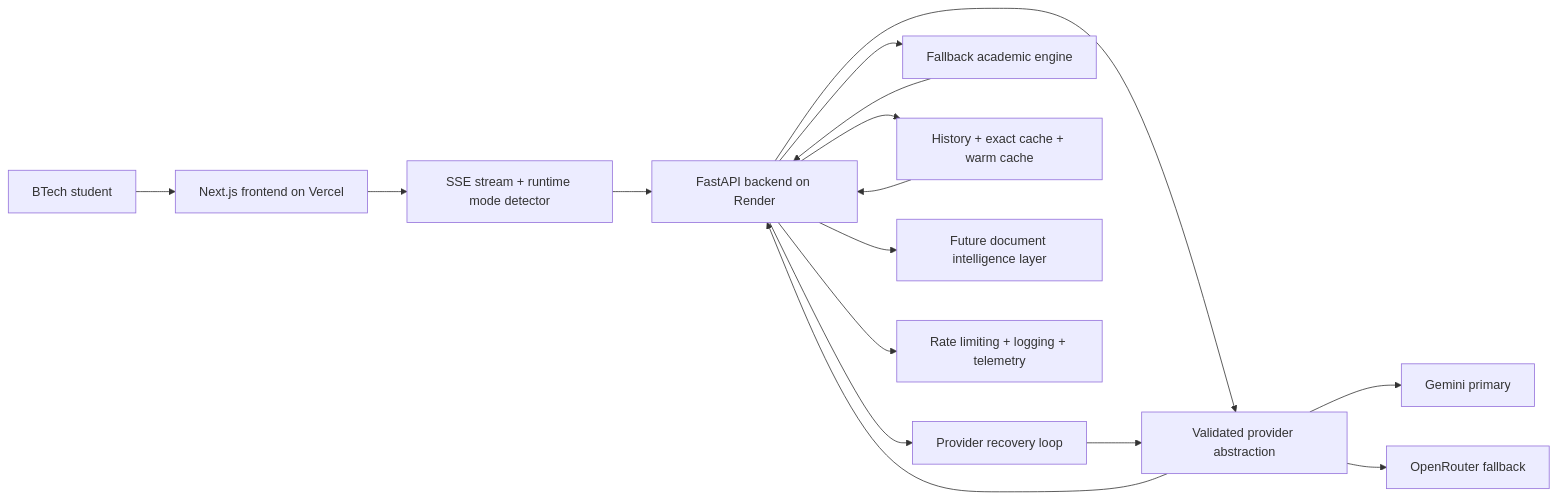
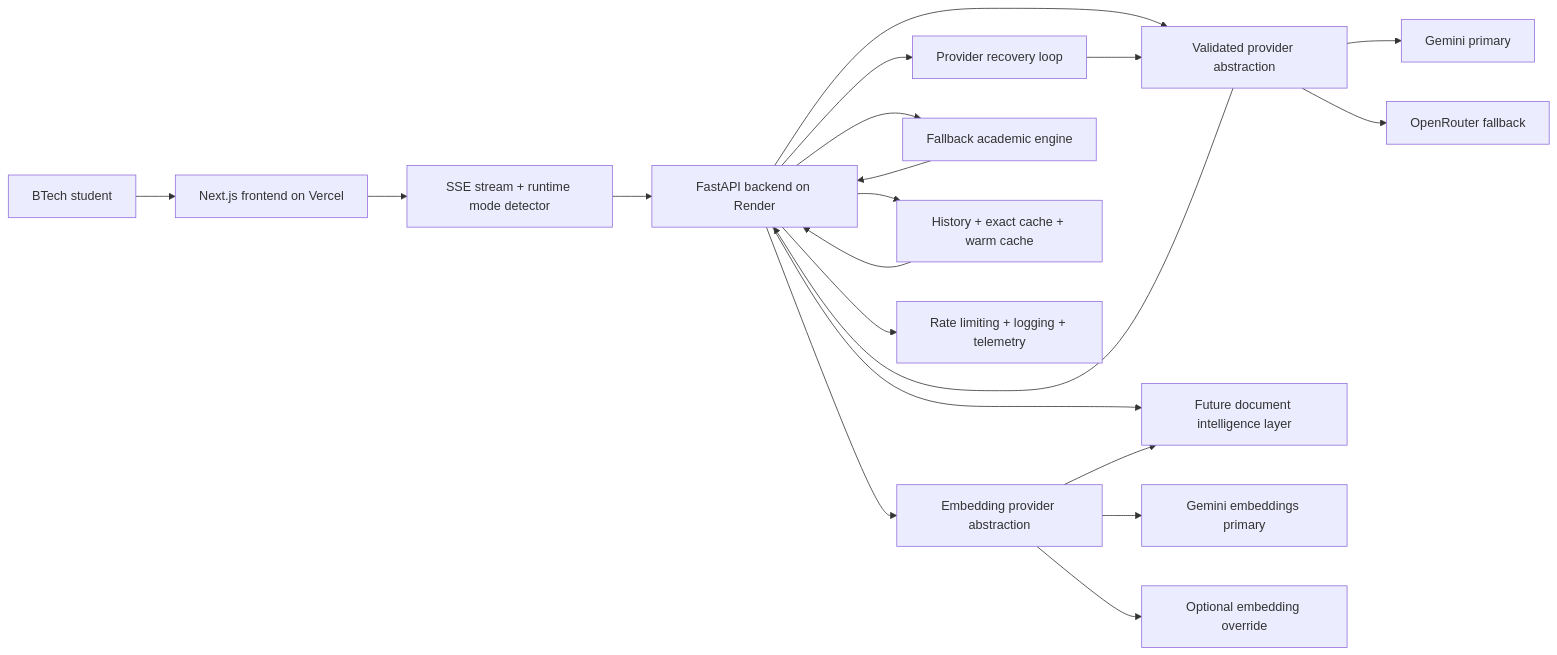
Before and after one commit to tauqxxr7/scholr: the diagram in README.md, drawn with Mermaid. The commit also changed other lines of this file, not shown here.

````diff
--- a/README.md
+++ b/README.md
@@ -203,18 +223,22 @@
 ```mermaid
 flowchart LR
     User["BTech student"] --> Frontend["Next.js frontend on Vercel"]
     Frontend --> Stream["SSE stream + runtime mode detector"]
     Stream --> Backend["FastAPI backend on Render"]
     Backend --> Provider["Validated provider abstraction"]
+    Backend --> Embeddings["Embedding provider abstraction"]
     Backend --> Recovery["Provider recovery loop"]
     Backend --> Fallback["Fallback academic engine"]
     Backend --> Cache["History + exact cache + warm cache"]
     Backend --> RAG["Future document intelligence layer"]
     Backend --> Logs["Rate limiting + logging + telemetry"]
     Provider --> Gemini["Gemini primary"]
     Provider --> OpenRouter["OpenRouter fallback"]
+    Embeddings --> GemEmbed["Gemini embeddings primary"]
+    Embeddings --> EmbedFallback["Optional embedding override"]
     Provider --> Backend
+    Embeddings --> RAG
     Recovery --> Provider
     Fallback --> Backend
     Cache --> Backend
 ```
````
